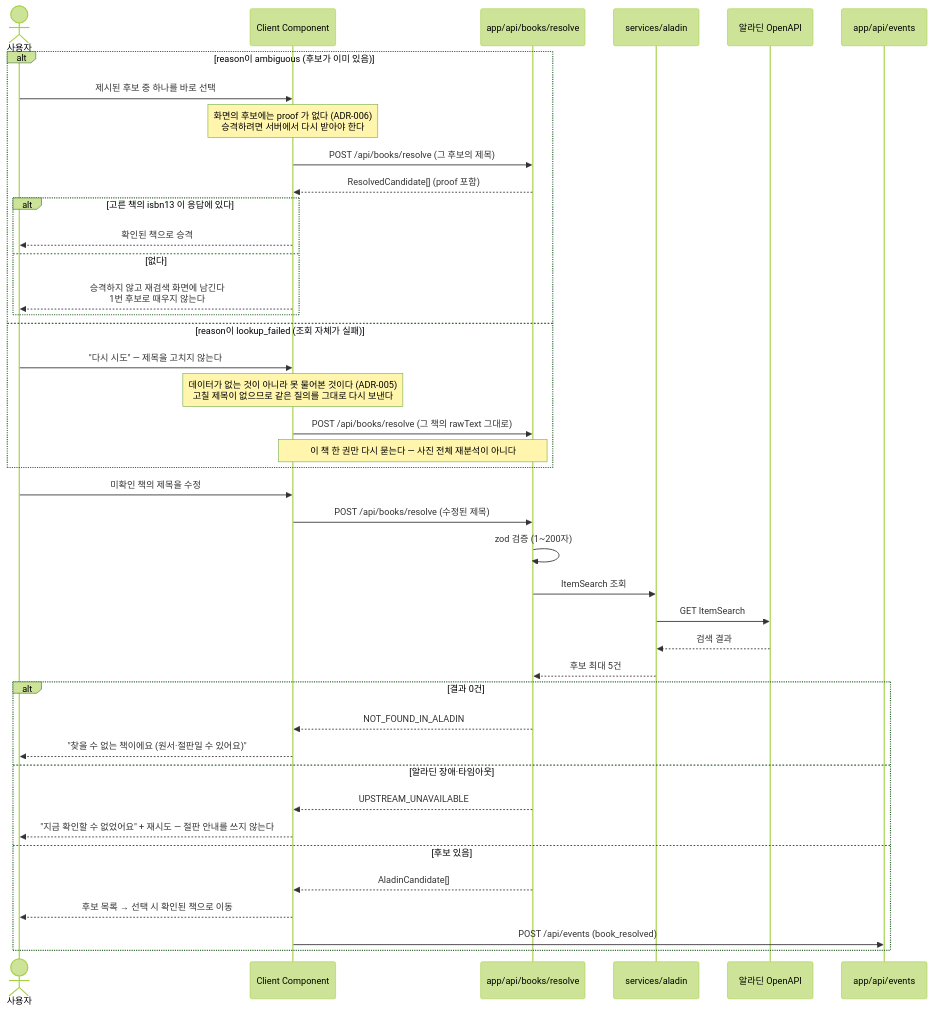
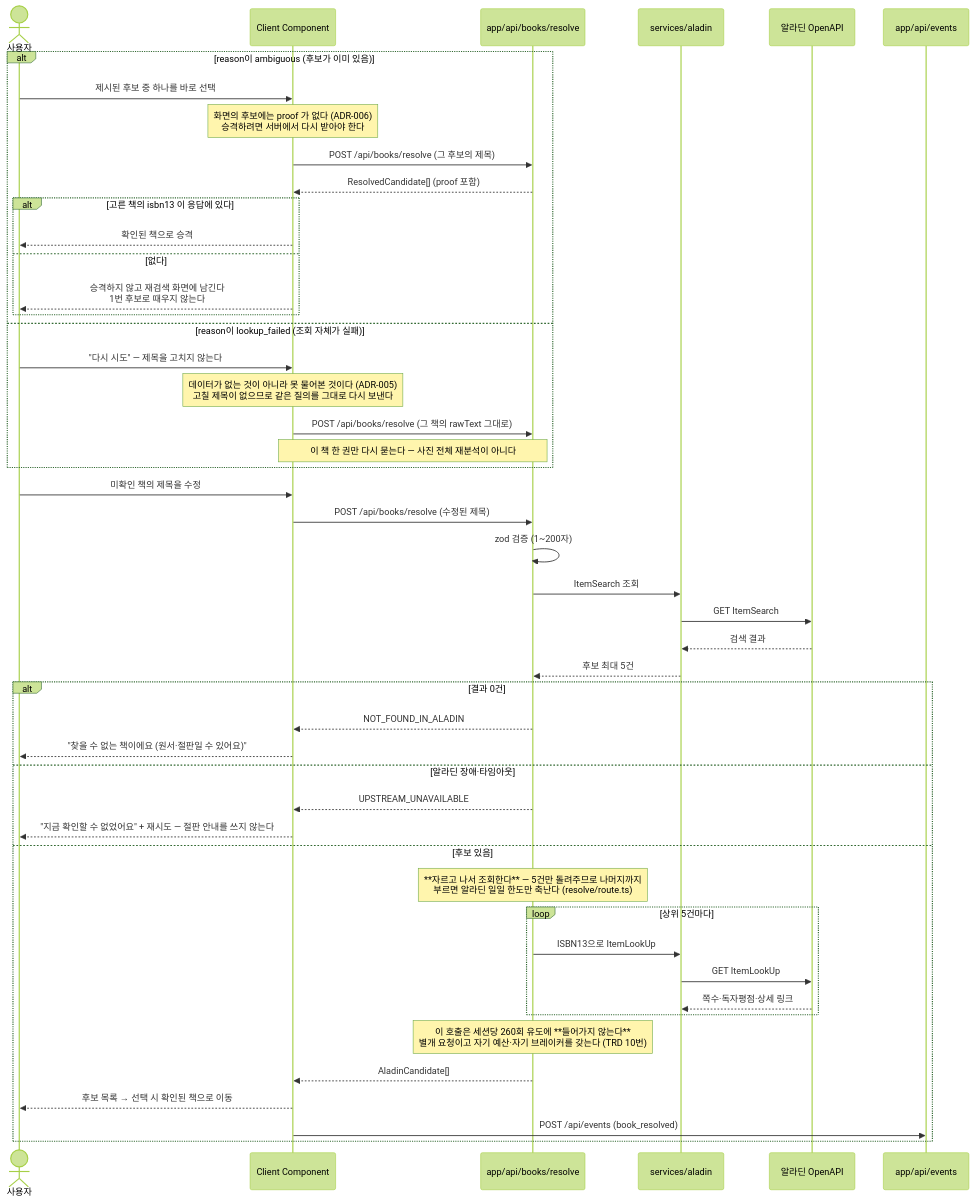
Before and after one commit to hyuham1335-stack/shelfie-app: the fifth of 6 diagrams in docs/ARCHITECTURE.md, drawn with Mermaid (forest theme). The commit also changed other lines of this file and 7 other files, not shown here.

````diff
--- a/docs/ARCHITECTURE.md
+++ b/docs/ARCHITECTURE.md
@@ -248,45 +258,52 @@
 ```mermaid
 sequenceDiagram
     actor U as 사용자
     participant C as Client Component
     participant R as app/api/books/resolve
     participant SL as services/aladin
     participant EL as 알라딘 OpenAPI
     participant RB as app/api/events
 
     alt reason이 ambiguous (후보가 이미 있음)
         U->>C: 제시된 후보 중 하나를 바로 선택
         Note over C: 화면의 후보에는 proof 가 없다 (ADR-006)<br/>승격하려면 서버에서 다시 받아야 한다
         C->>R: POST /api/books/resolve (그 후보의 제목)
         R-->>C: ResolvedCandidate[] (proof 포함)
         alt 고른 책의 isbn13 이 응답에 있다
             C-->>U: 확인된 책으로 승격
         else 없다
             C-->>U: 승격하지 않고 재검색 화면에 남긴다<br/>1번 후보로 때우지 않는다
         end
     else reason이 lookup_failed (조회 자체가 실패)
         U->>C: "다시 시도" — 제목을 고치지 않는다
         Note over C: 데이터가 없는 것이 아니라 못 물어본 것이다 (ADR-005)<br/>고칠 제목이 없으므로 같은 질의를 그대로 다시 보낸다
         C->>R: POST /api/books/resolve (그 책의 rawText 그대로)
         Note over C,R: 이 책 한 권만 다시 묻는다 — 사진 전체 재분석이 아니다
     end
 
     U->>C: 미확인 책의 제목을 수정
     C->>R: POST /api/books/resolve (수정된 제목)
     R->>R: zod 검증 (1~200자)
     R->>SL: ItemSearch 조회
     SL->>EL: GET ItemSearch
     EL-->>SL: 검색 결과
     SL-->>R: 후보 최대 5건
     alt 결과 0건
         R-->>C: NOT_FOUND_IN_ALADIN
         C-->>U: "찾을 수 없는 책이에요 (원서·절판일 수 있어요)"
     else 알라딘 장애·타임아웃
         R-->>C: UPSTREAM_UNAVAILABLE
         C-->>U: "지금 확인할 수 없었어요" + 재시도 — 절판 안내를 쓰지 않는다
     else 후보 있음
+        Note over R: **자르고 나서 조회한다** — 5건만 돌려주므로 나머지까지<br/>부르면 알라딘 일일 한도만 축난다 (resolve/route.ts)
+        loop 상위 5건마다
+            R->>SL: ISBN13으로 ItemLookUp
+            SL->>EL: GET ItemLookUp
+            EL-->>SL: 쪽수·독자평점·상세 링크
+        end
+        Note over R: 이 호출은 세션당 260회 유도에 **들어가지 않는다**<br/>별개 요청이고 자기 예산·자기 브레이커를 갖는다 (TRD 10번)
         R-->>C: AladinCandidate[]
         C-->>U: 후보 목록 → 선택 시 확인된 책으로 이동
         C->>RB: POST /api/events (book_resolved)
     end
 ```
````
